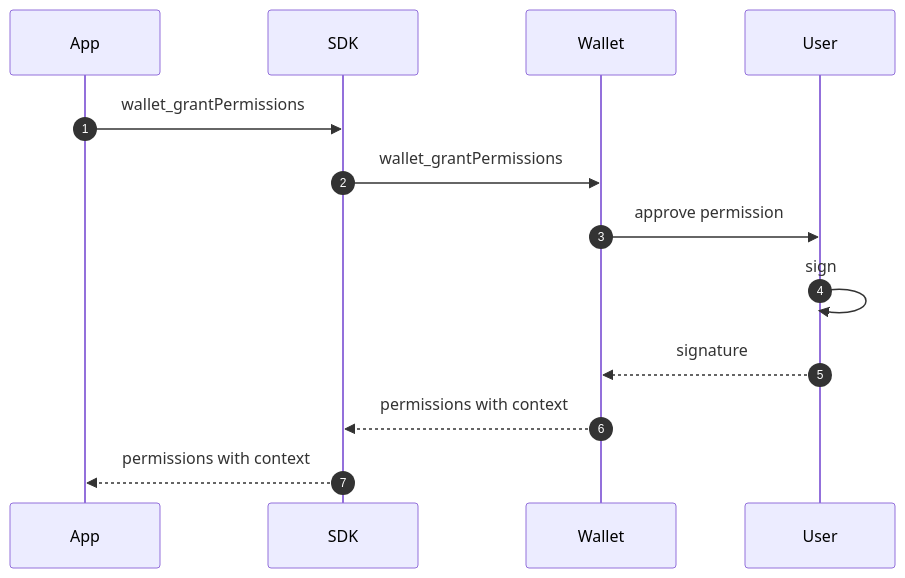
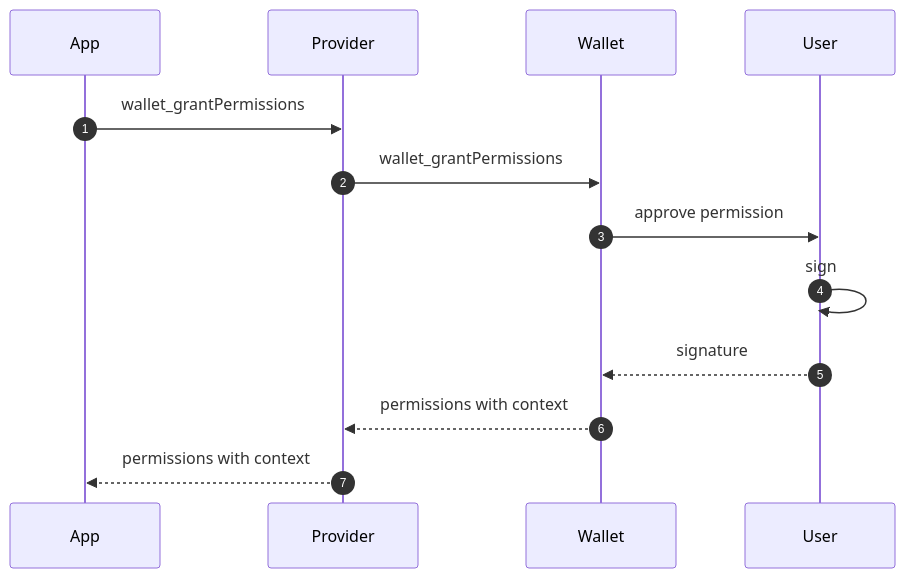
Before and after one commit to coinbase/smart-wallet-permissions: the first of 2 diagrams in README.md, drawn with Mermaid. The commit also changed other lines of this file and 2 other files, not shown here.

````diff
--- a/README.md
+++ b/README.md
@@ -50,16 +52,16 @@
 ```mermaid
 sequenceDiagram
     autonumber
     participant A as App
-    participant SDK as SDK
+    participant SDK as Provider
     participant W as Wallet
     participant U as User
 
     A->>SDK: wallet_grantPermissions
     SDK->>W: wallet_grantPermissions
     W->>U: approve permission
     U->>U: sign
     U-->>W: signature
     W-->>SDK: permissions with context
     SDK-->>A: permissions with context
 ```
````
